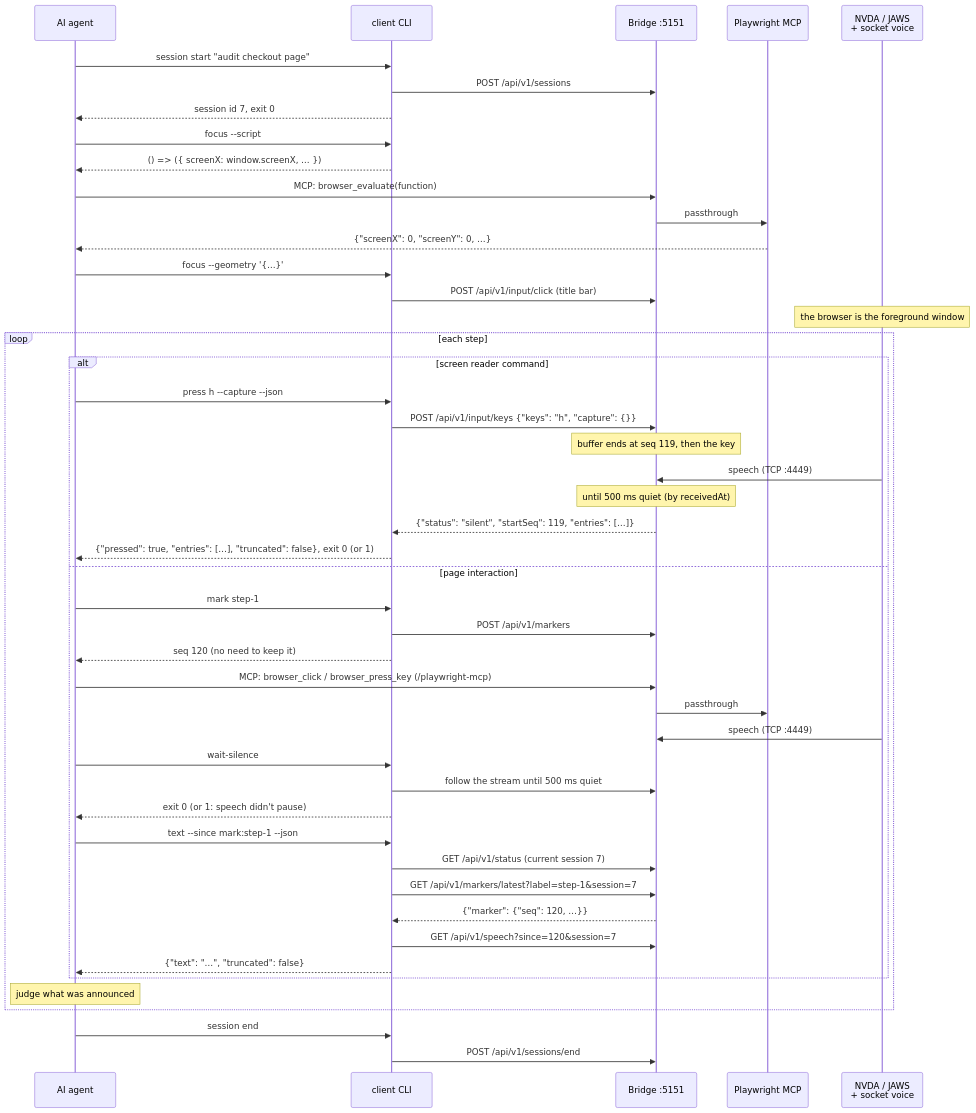
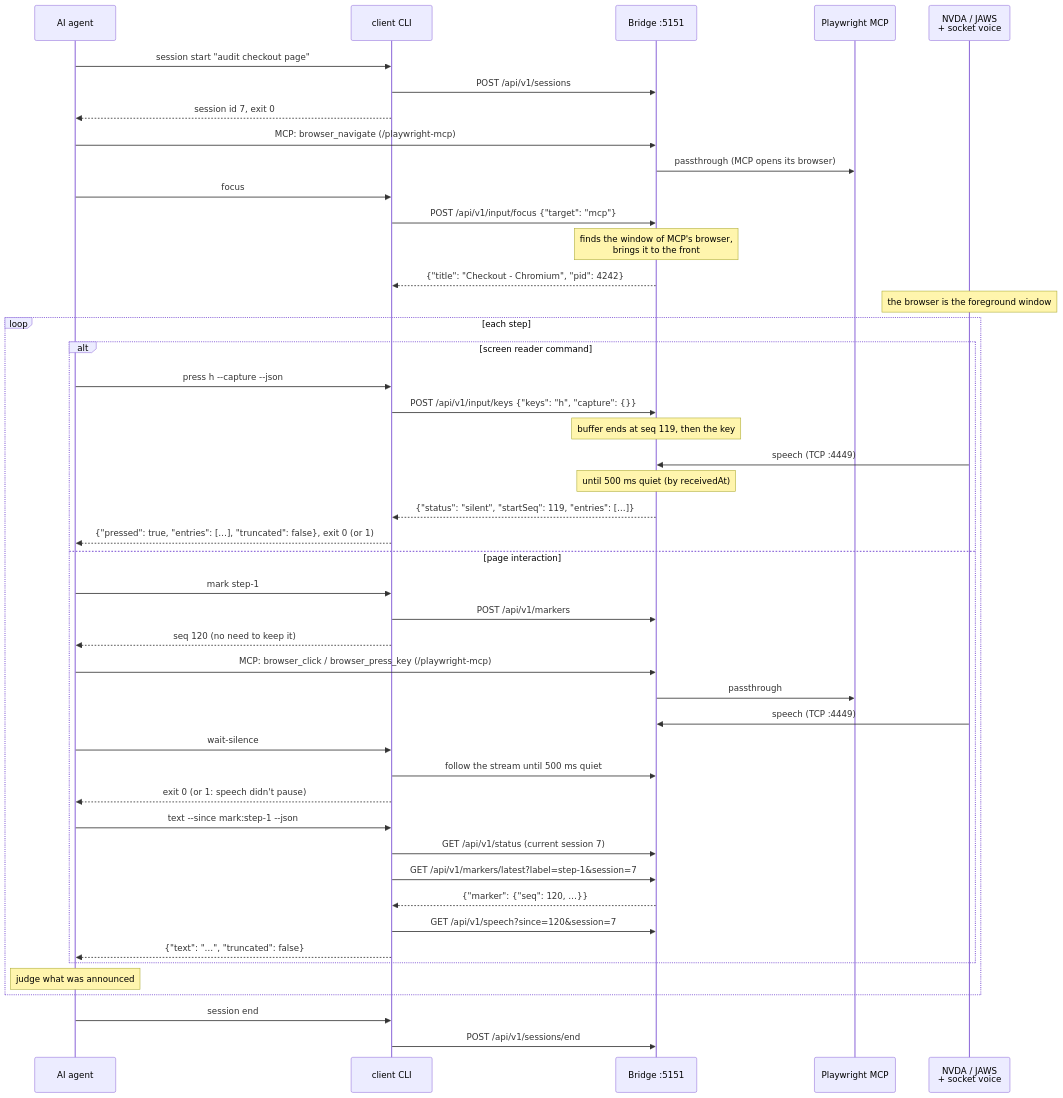
One commit to TimoSto/screenreader-speech-capture changed the first of 2 diagrams in docs/usage/flows/agents.md. Above: the diagram before and after it, drawn with Mermaid. The commit also changed 62 other files, not shown here.

First line of the commit message:
feat(bridge,client): bring the browser window to the front from the bridge (#218)

````diff
--- a/docs/usage/flows/agents.md
+++ b/docs/usage/flows/agents.md
@@ -19,50 +19,49 @@
 ```mermaid
 sequenceDiagram
     participant A as AI agent
     participant CLI as client CLI
     participant B as Bridge :5151
     participant MCP as Playwright MCP
     participant SR as NVDA / JAWS<br/>+ socket voice
 
     A->>CLI: session start "audit checkout page"
     CLI->>B: POST /api/v1/sessions
     CLI-->>A: session id 7, exit 0
-    A->>CLI: focus --script
-    CLI-->>A: () => ({ screenX: window.screenX, … })
-    A->>B: MCP: browser_evaluate(function)
-    B->>MCP: passthrough
-    MCP-->>A: {"screenX": 0, "screenY": 0, …}
-    A->>CLI: focus --geometry '{…}'
-    CLI->>B: POST /api/v1/input/click (title bar)
+    A->>B: MCP: browser_navigate (/playwright-mcp)
+    B->>MCP: passthrough (MCP opens its browser)
+    A->>CLI: focus
+    CLI->>B: POST /api/v1/input/focus {"target": "mcp"}
+    Note over B: finds the window of MCP's browser,<br/>brings it to the front
+    B-->>CLI: {"title": "Checkout - Chromium", "pid": 4242}
     Note over SR: the browser is the foreground window
     loop each step
         alt screen reader command
             A->>CLI: press h --capture --json
             CLI->>B: POST /api/v1/input/keys {"keys": "h", "capture": {}}
             Note over B: buffer ends at seq 119, then the key
             SR->>B: speech (TCP :4449)
             Note over B: until 500 ms quiet (by receivedAt)
             B-->>CLI: {"status": "silent", "startSeq": 119, "entries": […]}
             CLI-->>A: {"pressed": true, "entries": […], "truncated": false}, exit 0 (or 1)
         else page interaction
             A->>CLI: mark step-1
             CLI->>B: POST /api/v1/markers
             CLI-->>A: seq 120 (no need to keep it)
             A->>B: MCP: browser_click / browser_press_key (/playwright-mcp)
             B->>MCP: passthrough
             SR->>B: speech (TCP :4449)
             A->>CLI: wait-silence
             CLI->>B: follow the stream until 500 ms quiet
             CLI-->>A: exit 0 (or 1: speech didn't pause)
             A->>CLI: text --since mark:step-1 --json
             CLI->>B: GET /api/v1/status (current session 7)
             CLI->>B: GET /api/v1/markers/latest?label=step-1&session=7
             B-->>CLI: {"marker": {"seq": 120, …}}
             CLI->>B: GET /api/v1/speech?since=120&session=7
             CLI-->>A: {"text": "…", "truncated": false}
         end
         Note over A: judge what was announced
     end
     A->>CLI: session end
     CLI->>B: POST /api/v1/sessions/end
 ```
````
